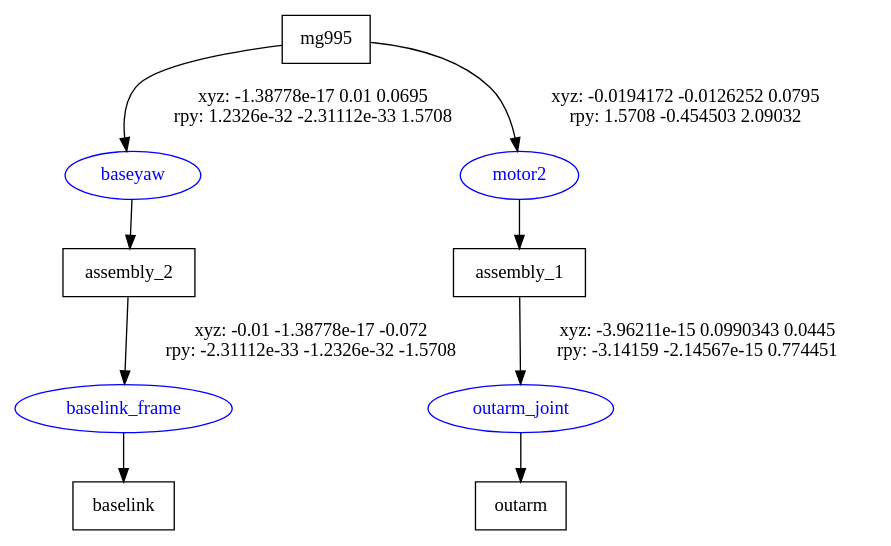
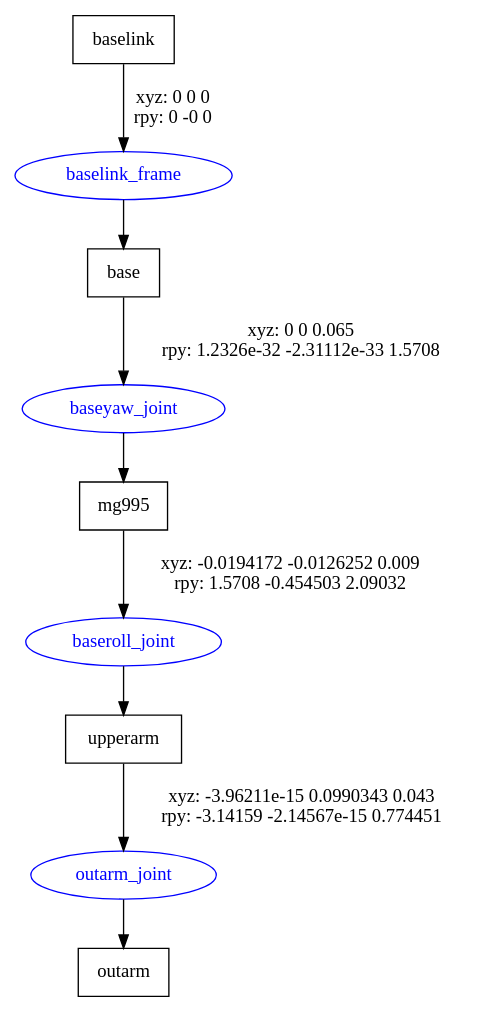
One commit to Bablo-AD/Papi changed the diagram in ros2_ws/r6bot.gv. Above: the diagram before and after it, drawn with Graphviz. The commit also changed 22 other files, not shown here.

```diff
--- a/ros2_ws/r6bot.gv
+++ b/ros2_ws/r6bot.gv
@@ -1,17 +1,17 @@
 digraph G {
 node [shape=box];
+"baselink" [label="baselink"];
+"base" [label="base"];
 "mg995" [label="mg995"];
-"assembly_2" [label="assembly_2"];
-"baselink" [label="baselink"];
-"assembly_1" [label="assembly_1"];
+"upperarm" [label="upperarm"];
 "outarm" [label="outarm"];
 node [shape=ellipse, color=blue, fontcolor=blue];
-"mg995" -> "baseyaw" [label="xyz: -1.38778e-17 0.01 0.0695 \nrpy: 1.2326e-32 -2.31112e-33 1.5708"]
-"baseyaw" -> "assembly_2"
-"assembly_2" -> "baselink_frame" [label="xyz: -0.01 -1.38778e-17 -0.072 \nrpy: -2.31112e-33 -1.2326e-32 -1.5708"]
-"baselink_frame" -> "baselink"
-"mg995" -> "motor2" [label="xyz: -0.0194172 -0.0126252 0.0795 \nrpy: 1.5708 -0.454503 2.09032"]
-"motor2" -> "assembly_1"
-"assembly_1" -> "outarm_joint" [label="xyz: -3.96211e-15 0.0990343 0.0445 \nrpy: -3.14159 -2.14567e-15 0.774451"]
+"baselink" -> "baselink_frame" [label="xyz: 0 0 0 \nrpy: 0 -0 0"]
+"baselink_frame" -> "base"
+"base" -> "baseyaw_joint" [label="xyz: 0 0 0.065 \nrpy: 1.2326e-32 -2.31112e-33 1.5708"]
+"baseyaw_joint" -> "mg995"
+"mg995" -> "baseroll_joint" [label="xyz: -0.0194172 -0.0126252 0.009 \nrpy: 1.5708 -0.454503 2.09032"]
+"baseroll_joint" -> "upperarm"
+"upperarm" -> "outarm_joint" [label="xyz: -3.96211e-15 0.0990343 0.043 \nrpy: -3.14159 -2.14567e-15 0.774451"]
 "outarm_joint" -> "outarm"
 }
```
